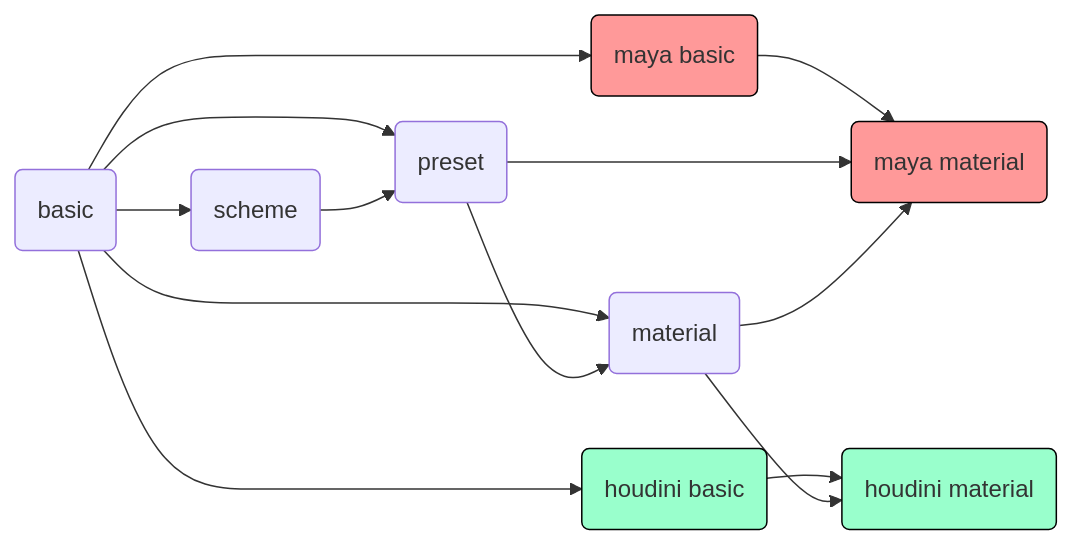
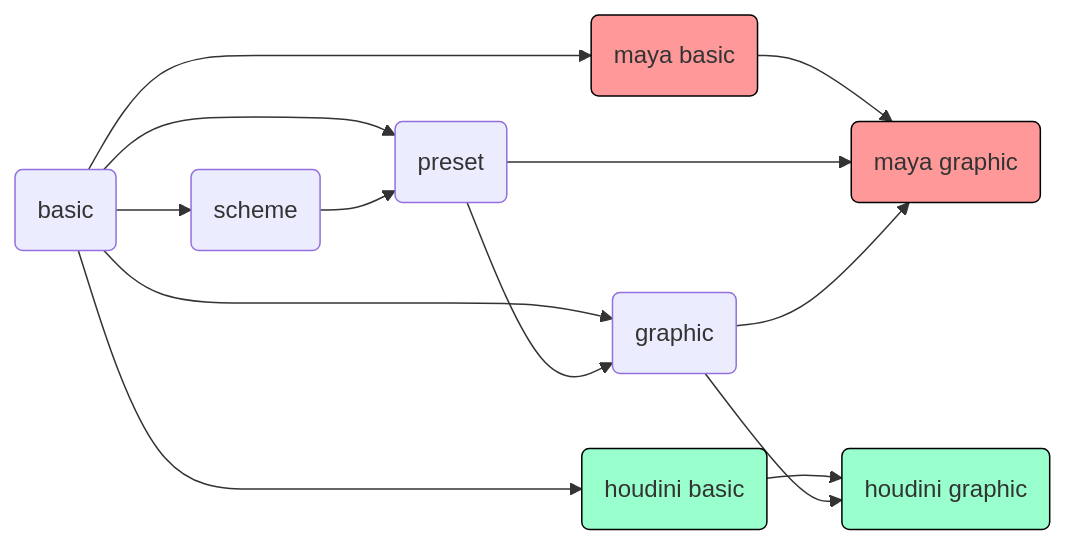
Before and after one commit to no7hings/Lynxi: the first of 2 diagrams in workspace/module/windows-python-2.7.x/.doc/readme.md, drawn with Mermaid. The commit also changed other lines of this file and 116 other files, not shown here.

````diff
--- a/workspace/module/windows-python-2.7.x/.doc/readme.md
+++ b/workspace/module/windows-python-2.7.x/.doc/readme.md
@@ -23,43 +23,43 @@
 ```mermaid
 
 graph LR
 
 classDef red_0 fill:#f99,stroke:#000,stroke-width:1px,fill-opacity:1
 classDef orange_0 fill:#fc9,stroke:#000,stroke-width:1px,fill-opacity:1
 classDef yellow_0 fill:#ff9,stroke:#000,stroke-width:1px,fill-opacity:1
 classDef green_0 fill:#9fc,stroke:#000,stroke-width:1px,fill-opacity:1
 classDef blue_0 fill:#9cf,stroke:#000,stroke-width:1px,fill-opacity:1
 classDef violet_0 fill:#ccf,stroke:#000,stroke-width:1px,fill-opacity:1
 classDef pink_0 fill:#f9c,stroke:#000,stroke-width:1px,fill-opacity:1
 classDef white_0 fill:#fff,stroke:#000,stroke-width:1px,fill-opacity:1
 
 basic("basic") --> scheme("scheme")
 
 basic("basic") --> preset("preset")
 
-basic("basic") --> material("material")
+basic("basic") --> graphic("graphic")
 
 basic --> maya_basic("maya basic")
 
-maya_basic --> maya_material("maya material")
+maya_basic --> maya_graphic("maya graphic")
 
 scheme --> preset
 
-preset --> material
+preset --> graphic
 
-preset --> maya_material
+preset --> maya_graphic
 
 basic --> houdini_basic("houdini basic")
 
-houdini_basic --> houdini_material("houdini material")
+houdini_basic --> houdini_material("houdini graphic")
 
-material --> maya_material
+graphic --> maya_graphic
 
-material --> houdini_material
+graphic --> houdini_material
 
 class maya_basic red_0
-class maya_material red_0
+class maya_graphic red_0
 
 class houdini_basic green_0
 class houdini_material green_0
 ```
````
